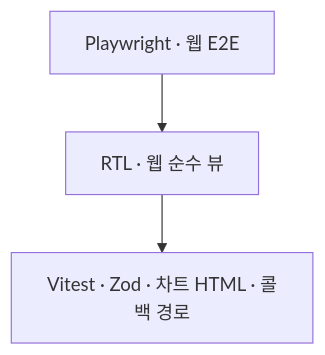
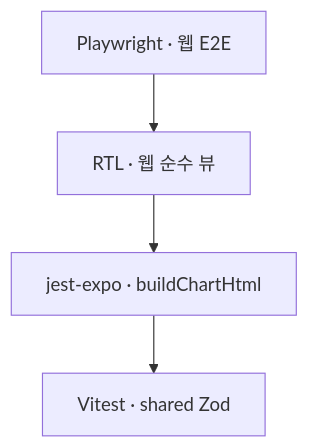
The fifth of 5 diagrams in docs/portfolio.md (scs0209/ticker-journal), drawn with Mermaid before and after one commit. The commit also changed other lines of this file and 3 other files, not shown here.

````diff
--- a/docs/portfolio.md
+++ b/docs/portfolio.md
@@ -116,8 +118,9 @@
 ```mermaid
 flowchart TB
   E2E[Playwright · 웹 E2E]
   COMP[RTL · 웹 순수 뷰]
-  UNIT[Vitest · Zod · 차트 HTML · 콜백 경로]
+  MUNIT[jest-expo · buildChartHtml]
+  SUNIT[Vitest · shared Zod]
 
-  E2E --> COMP --> UNIT
+  E2E --> COMP --> MUNIT --> SUNIT
 ```
````
